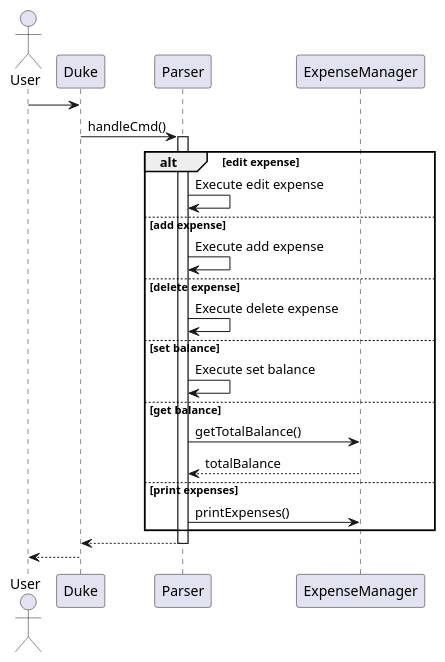
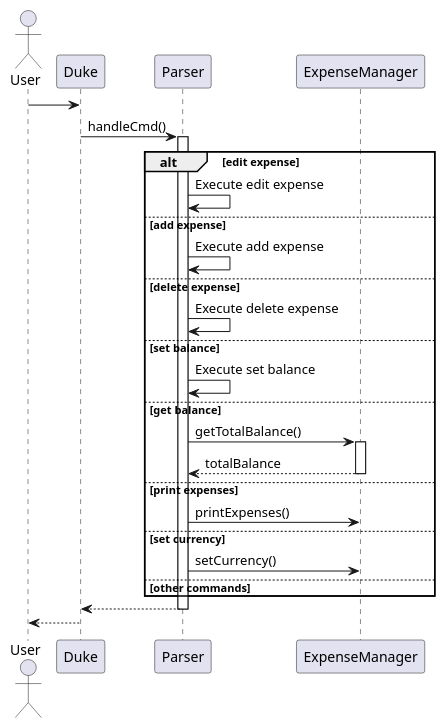
One commit to waiter-palypoo/tp changed the diagram in docs/diagrams/parser.puml. Above: the diagram before and after it, drawn with PlantUML. The commit also changed 3 other files, not shown here.

Commit message:
Add parser component to DG and fix class diagram style

```diff
--- a/docs/diagrams/parser.puml
+++ b/docs/diagrams/parser.puml
@@ -1,26 +1,31 @@
 @startuml
 
 actor User
 
 User -> Duke
 Duke -> Parser: handleCmd()
 activate Parser
 alt edit expense
     Parser -> Parser: Execute edit expense
 else add expense
     Parser -> Parser: Execute add expense
 else delete expense
     Parser -> Parser: Execute delete expense
 else set balance
     Parser -> Parser: Execute set balance
 else get balance
     Parser -> ExpenseManager: getTotalBalance()
+    activate ExpenseManager
     ExpenseManager --> Parser: totalBalance
+    deactivate ExpenseManager
 else print expenses
     Parser -> ExpenseManager: printExpenses()
+else set currency
+    Parser -> ExpenseManager: setCurrency()
+else other commands
 end
 Parser --> Duke
 deactivate Parser
 Duke --> User
 
 @enduml
```
